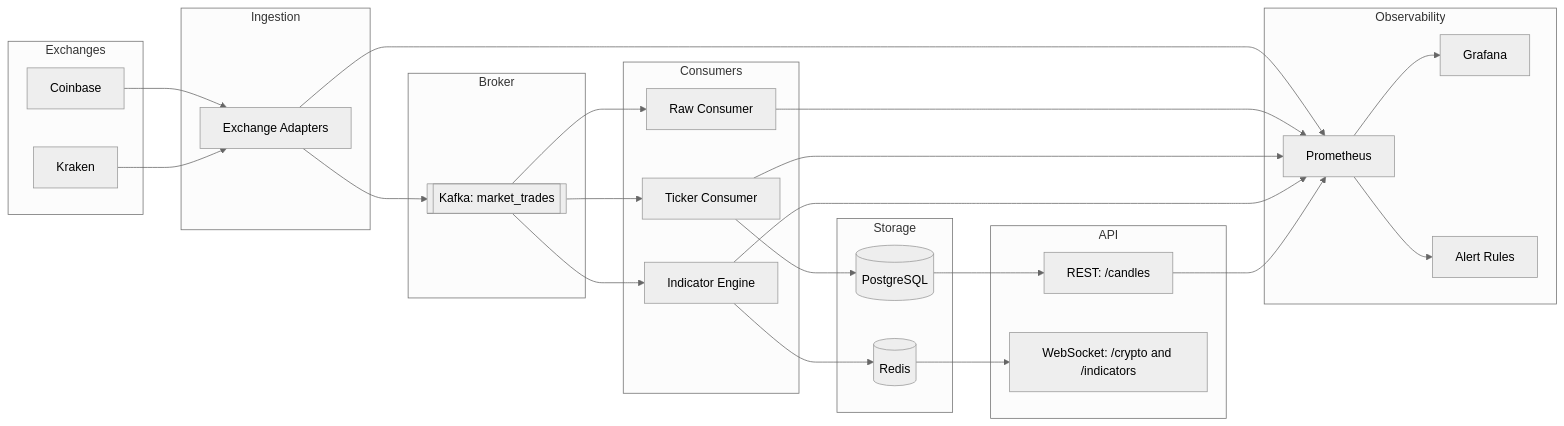
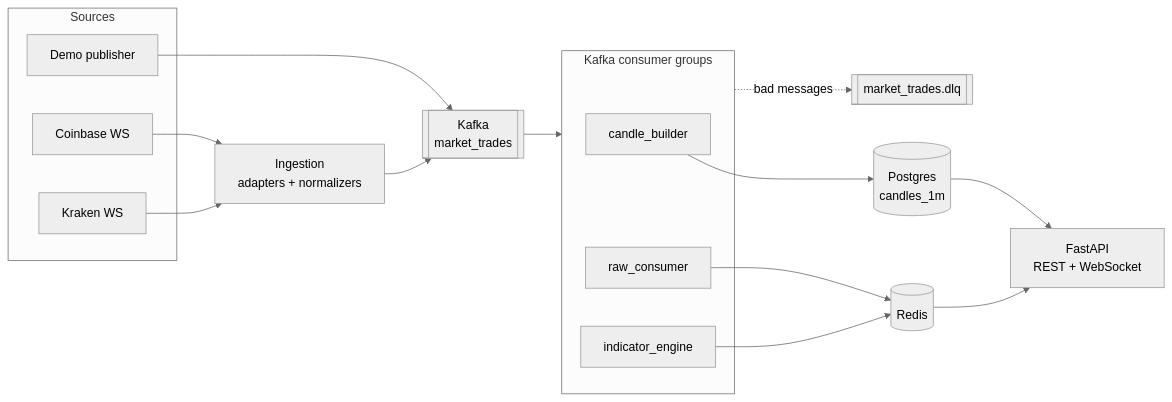
The diagram in README.md (obro79/Flux), drawn with Mermaid (neutral theme) before and after one commit. The commit also changed other lines of this file and 30 other files, not shown here.

First line of the commit message:
Polish README, add architecture doc, tests, lint CI and license (#1)

````diff
--- a/README.md
+++ b/README.md
@@ -18,55 +32,21 @@
 ```mermaid
 flowchart LR
-    subgraph Exchanges
-        CB[Coinbase]
-        KR[Kraken]
+    subgraph Sources
+        CB[Coinbase WS]
+        KR[Kraken WS]
+        DM[Demo publisher]
     end
-
-    subgraph Ingestion
-        ING[Exchange Adapters]
+    subgraph Consumers["Kafka consumer groups"]
+        TC[candle_builder]
+        RC[raw_consumer]
+        IC[indicator_engine]
     end
-
-    subgraph Broker
-        K[[Kafka: market_trades]]
-    end
-
-    subgraph Consumers
-        RC[Raw Consumer]
-        TC[Ticker Consumer]
-        IC[Indicator Engine]
-    end
-
-    subgraph Storage
-        PG[(PostgreSQL)]
-        RD[(Redis)]
-    end
-
-    subgraph API
-        REST[REST: /candles]
-        WS[WebSocket: /crypto and /indicators]
-    end
-
-    subgraph Observability
-        PR[Prometheus]
-        GF[Grafana]
-        AL[Alert Rules]
-    end
-
-    CB --> ING
-    KR --> ING
-    ING --> K
-    K --> RC
-    K --> TC
-    K --> IC
-    TC --> PG
-    IC --> RD
-    PG --> REST
-    RD --> WS
-    ING --> PR
-    RC --> PR
-    TC --> PR
-    IC --> PR
-    REST --> PR
-    PR --> GF
-    PR --> AL
+    CB & KR --> ING[Ingestion<br/>adapters + normalizers]
+    DM --> K
+    ING --> K[[Kafka<br/>market_trades]]
+    K --> Consumers
+    Consumers -. bad messages .-> DLQ[[market_trades.dlq]]
+    TC --> PG[(Postgres<br/>candles_1m)]
+    RC & IC --> RD[(Redis)]
+    PG & RD --> API[FastAPI<br/>REST + WebSocket]
 ```
````
